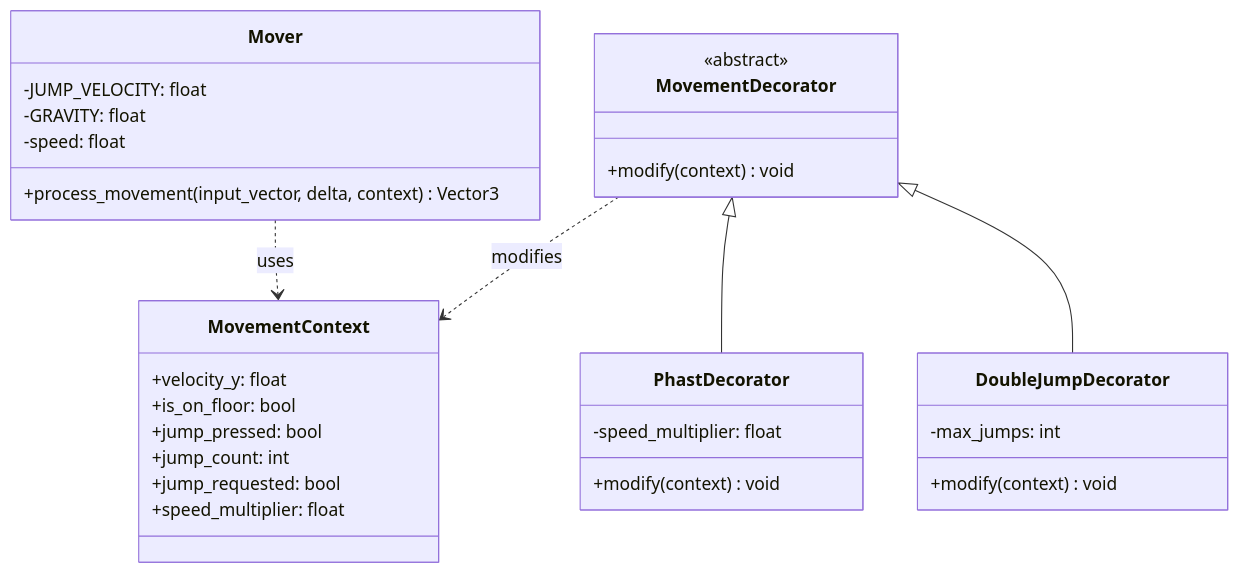
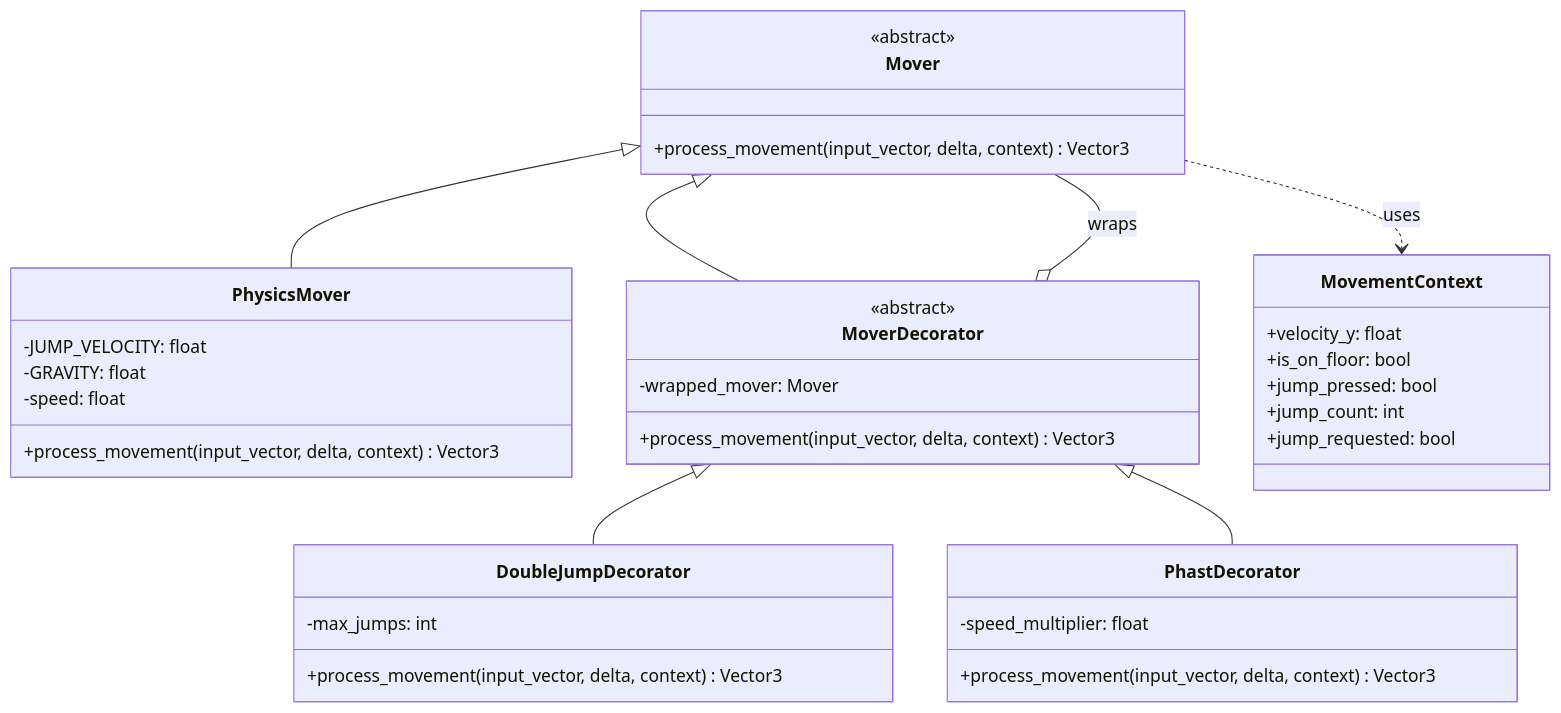
Before and after one commit to theowiik/project-epic-footsies-2: the first of 2 diagrams in game/docs/decorator-architecture.md, drawn with Mermaid. The commit also changed other lines of this file and 28 other files, not shown here.

````diff
--- a/game/docs/decorator-architecture.md
+++ b/game/docs/decorator-architecture.md
@@ -8,38 +23,45 @@
 ```mermaid
 classDiagram
     class Mover {
+        <<abstract>>
+        +process_movement(input_vector, delta, context) Vector3
+    }
+
+    class PhysicsMover {
         -JUMP_VELOCITY: float
         -GRAVITY: float
         -speed: float
         +process_movement(input_vector, delta, context) Vector3
     }
 
-    class MovementDecorator {
+    class MoverDecorator {
         <<abstract>>
-        +modify(context) void
+        -wrapped_mover: Mover
+        +process_movement(input_vector, delta, context) Vector3
     }
 
     class DoubleJumpDecorator {
         -max_jumps: int
-        +modify(context) void
+        +process_movement(input_vector, delta, context) Vector3
     }
 
     class PhastDecorator {
         -speed_multiplier: float
-        +modify(context) void
+        +process_movement(input_vector, delta, context) Vector3
     }
 
     class MovementContext {
         +velocity_y: float
         +is_on_floor: bool
         +jump_pressed: bool
         +jump_count: int
         +jump_requested: bool
-        +speed_multiplier: float
     }
 
-    MovementDecorator <|-- DoubleJumpDecorator
-    MovementDecorator <|-- PhastDecorator
-    MovementDecorator ..> MovementContext : modifies
+    Mover <|-- PhysicsMover
+    Mover <|-- MoverDecorator
+    MoverDecorator <|-- DoubleJumpDecorator
+    MoverDecorator <|-- PhastDecorator
+    MoverDecorator o-- Mover : wraps
     Mover ..> MovementContext : uses
 ```
````
